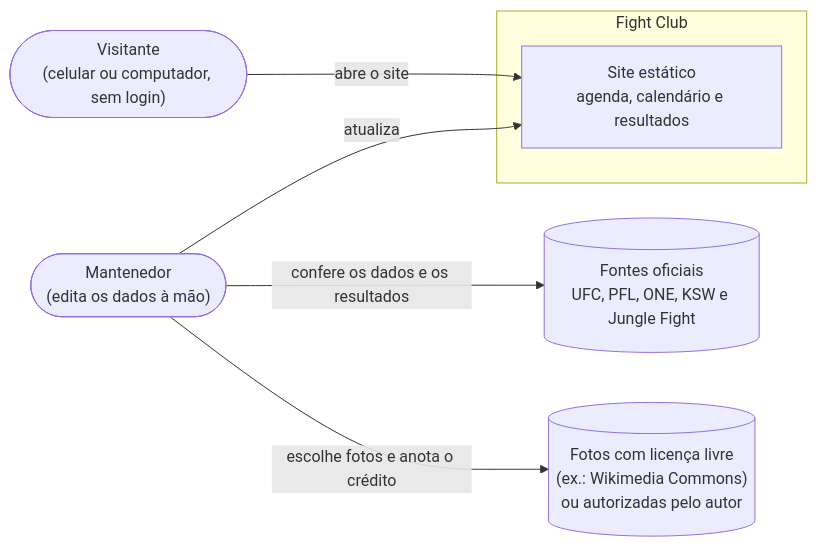
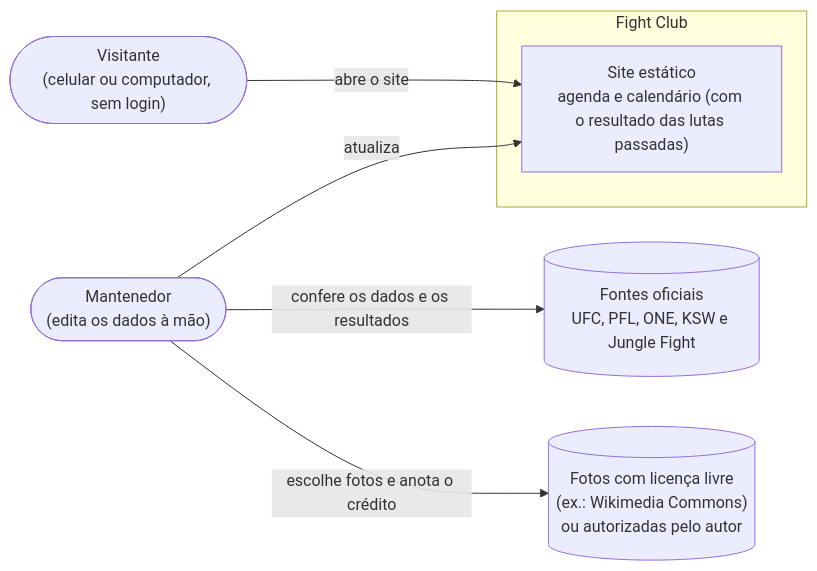
Before and after one commit to Gabriel-de-Lima-R/fight-club-events: the first of 3 diagrams in docs/arquitetura.md, drawn with Mermaid. The commit also changed other lines of this file and 4 other files, not shown here.

````diff
--- a/docs/arquitetura.md
+++ b/docs/arquitetura.md
@@ -7,17 +7,17 @@
 ```mermaid
 flowchart LR
     visitante(["Visitante<br/>(celular ou computador, sem login)"])
     mantenedor(["Mantenedor<br/>(edita os dados à mão)"])
 
     subgraph fc ["Fight Club"]
-        site["Site estático<br/>agenda, calendário e resultados"]
+        site["Site estático<br/>agenda e calendário (com o resultado das lutas passadas)"]
     end
 
     fontes[("Fontes oficiais<br/>UFC, PFL, ONE, KSW e Jungle Fight")]
     fotos[("Fotos com licença livre<br/>(ex.: Wikimedia Commons)<br/>ou autorizadas pelo autor")]
 
     visitante -->|"abre o site"| site
     mantenedor -->|"confere os dados e os resultados"| fontes
     mantenedor -->|"escolhe fotos e anota o crédito"| fotos
     mantenedor -->|"atualiza"| site
 ```
````
